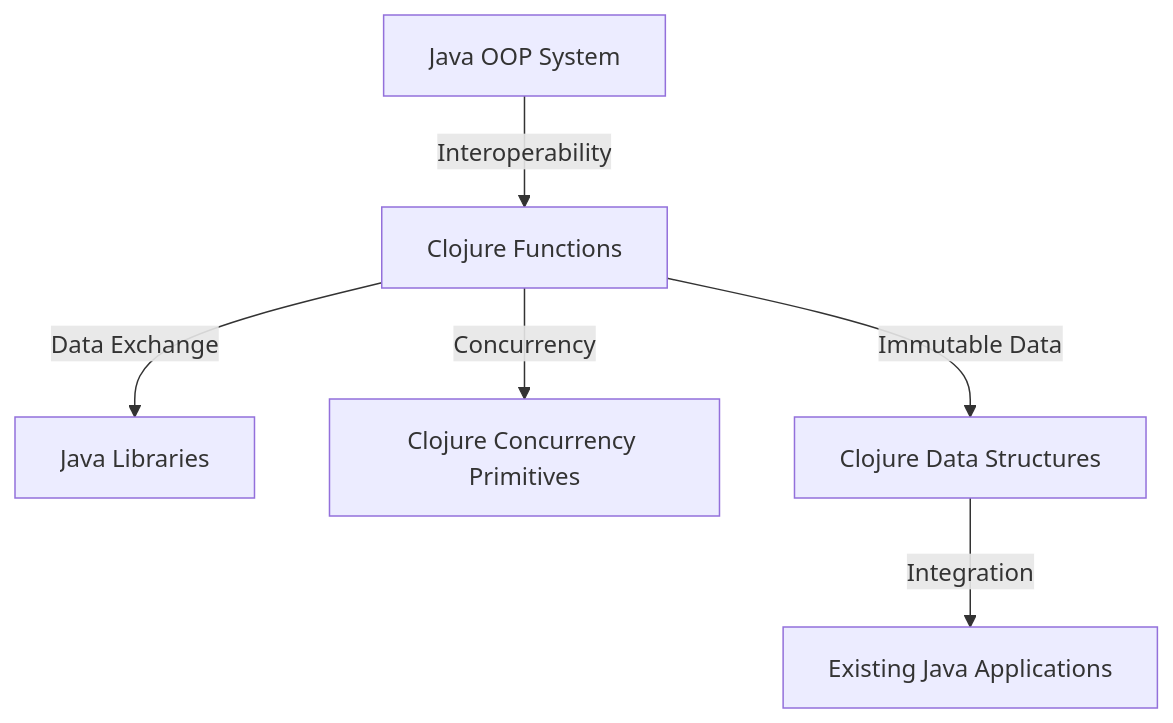
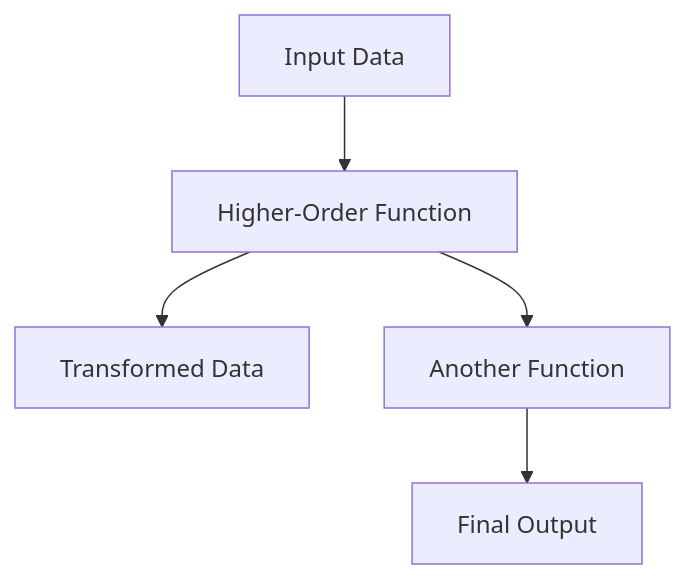
One commit to MasteryEducation/ClojureForJava.com changed the first of 2 diagrams in content/3/20/1/index.md. Above: the diagram before and after it, drawn with Mermaid. The commit also changed other lines of this file and 74 other files, not shown here.

````diff
--- a/content/3/20/1/index.md
+++ b/content/3/20/1/index.md
@@ -187,8 +183,7 @@
 ```mermaid
-flowchart TD
-    A[Java OOP System] -->|Interoperability| B[Clojure Functions]
-    B -->|Data Exchange| C[Java Libraries]
-    B -->|Concurrency| D[Clojure Concurrency Primitives]
-    B -->|Immutable Data| E[Clojure Data Structures]
-    E -->|Integration| F[Existing Java Applications]
+graph TD;
+  A[Input Data] --> B[Higher-Order Function];
+  B --> C[Transformed Data];
+  B --> D[Another Function];
+  D --> E[Final Output];
 ```
````
